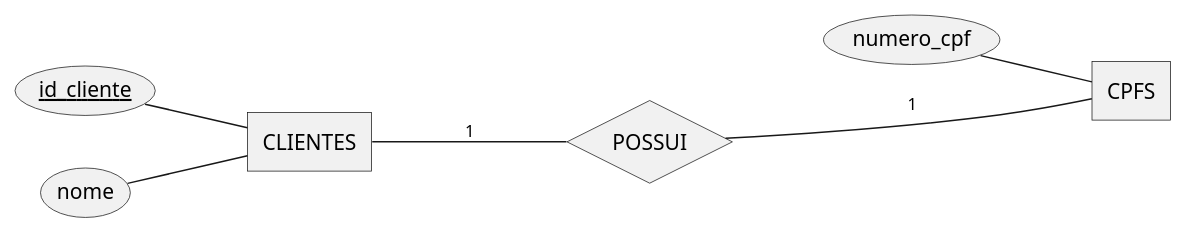
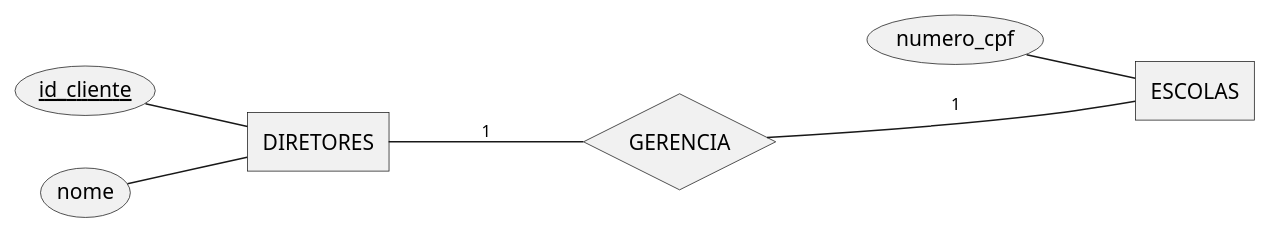
One commit to miguel7penteado/2026-1sem-ADS-BancoDeDados changed diagram 18 of 27 in 03-2026-03-03_Modelagem_SGBD-exercicio-01.Rmd. Above: the diagram before and after it, drawn with PlantUML. The commit also changed other lines of this file and 180 other files, not shown here.

````diff
--- a/03-2026-03-03_Modelagem_SGBD-exercicio-01.Rmd
+++ b/03-2026-03-03_Modelagem_SGBD-exercicio-01.Rmd
@@ -1032,22 +1045,22 @@
 ```{plantuml exercicio-01-resposta, plantuml.path="images"}
 @startchen
 left to right direction
 
-entity CLIENTES {
+entity DIRETORES {
   id_cliente <<key>>
   nome
 }
 
-entity CPFS {
+entity ESCOLAS {
   numero_cpf
 }
 
-relationship POSSUI {
+relationship GERENCIA {
 
 }
 
-CLIENTES -1- POSSUI
-POSSUI   -1- CPFS
+DIRETORES -1- GERENCIA
+GERENCIA   -1- ESCOLAS
 
 @endchen
 ```
````
